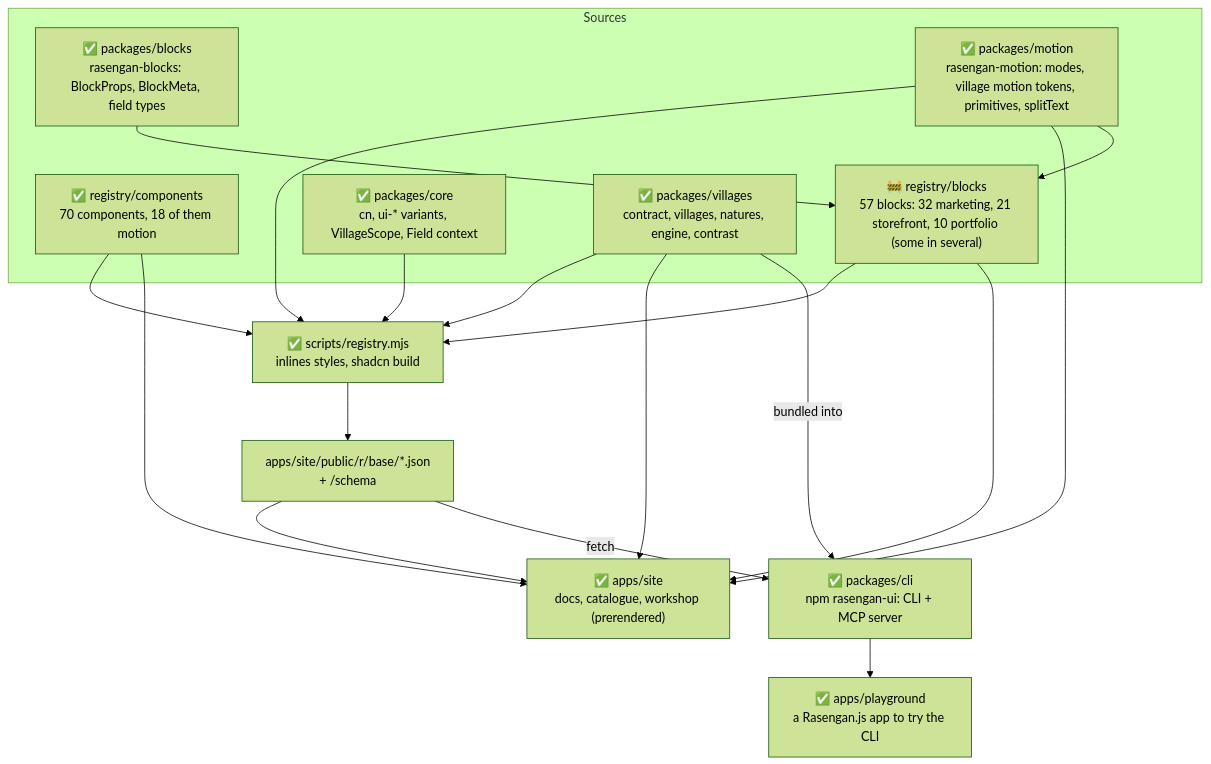
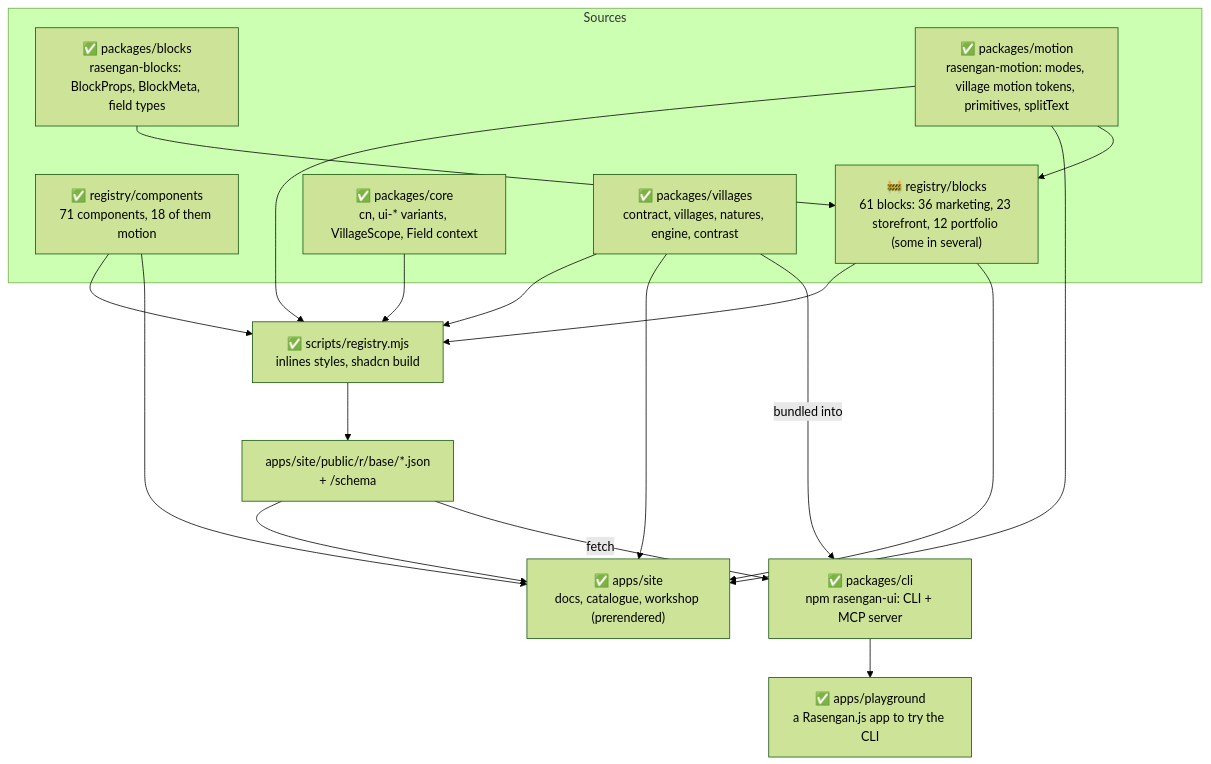
Before and after one commit to rasengan-dev/rasengan-ui: the second of 5 diagrams in docs/architecture.md, drawn with Mermaid (forest theme). The commit also changed other lines of this file and 37 other files, not shown here.

````diff
--- a/docs/architecture.md
+++ b/docs/architecture.md
@@ -41,34 +41,34 @@
 ```mermaid
 flowchart TB
   subgraph source[Sources]
-    comps["✅ registry/components<br/>70 components, 18 of them motion"]
-    blocks["🚧 registry/blocks<br/>57 blocks: 32 marketing, 21 storefront, 10 portfolio (some in several)"]
+    comps["✅ registry/components<br/>71 components, 18 of them motion"]
+    blocks["🚧 registry/blocks<br/>61 blocks: 36 marketing, 23 storefront, 12 portfolio (some in several)"]
     blockslib["✅ packages/blocks<br/>rasengan-blocks: BlockProps, BlockMeta, field types"]
     core["✅ packages/core<br/>cn, ui-* variants, VillageScope, Field context"]
     villages["✅ packages/villages<br/>contract, villages, natures, engine, contrast"]
     motion["✅ packages/motion<br/>rasengan-motion: modes, village motion tokens, primitives, splitText"]
   end
 
   build["✅ scripts/registry.mjs<br/>inlines styles, shadcn build"]
   public["apps/site/public/r/base/*.json<br/>+ /schema"]
   site["✅ apps/site<br/>docs, catalogue, workshop (prerendered)"]
   cli["✅ packages/cli<br/>npm rasengan-ui: CLI + MCP server"]
   play["✅ apps/playground<br/>a Rasengan.js app to try the CLI"]
 
   comps --> build
   core --> build
   villages --> build
   build --> public
   public --> site
   villages --> site
   comps --> site
   public -- fetch --> cli
   villages -- bundled into --> cli
   cli --> play
   motion --> build
   motion --> site
   motion --> blocks
   blockslib --> blocks
   blocks --> build
   blocks --> site
 ```
````
